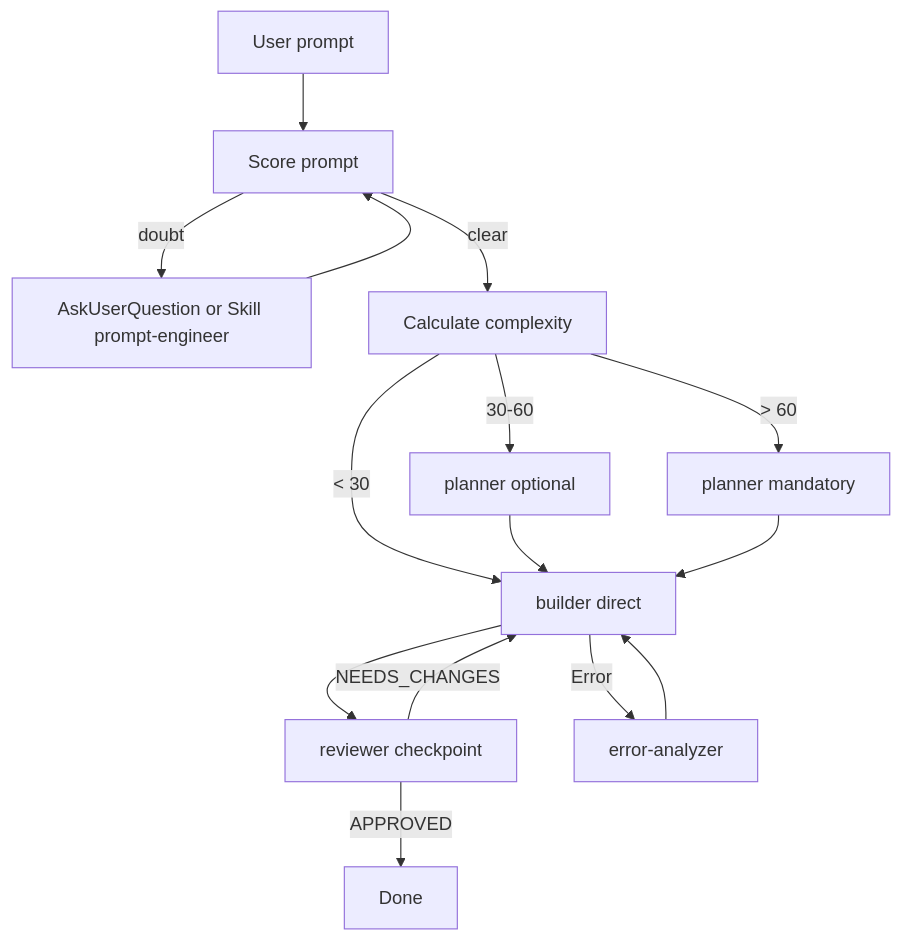
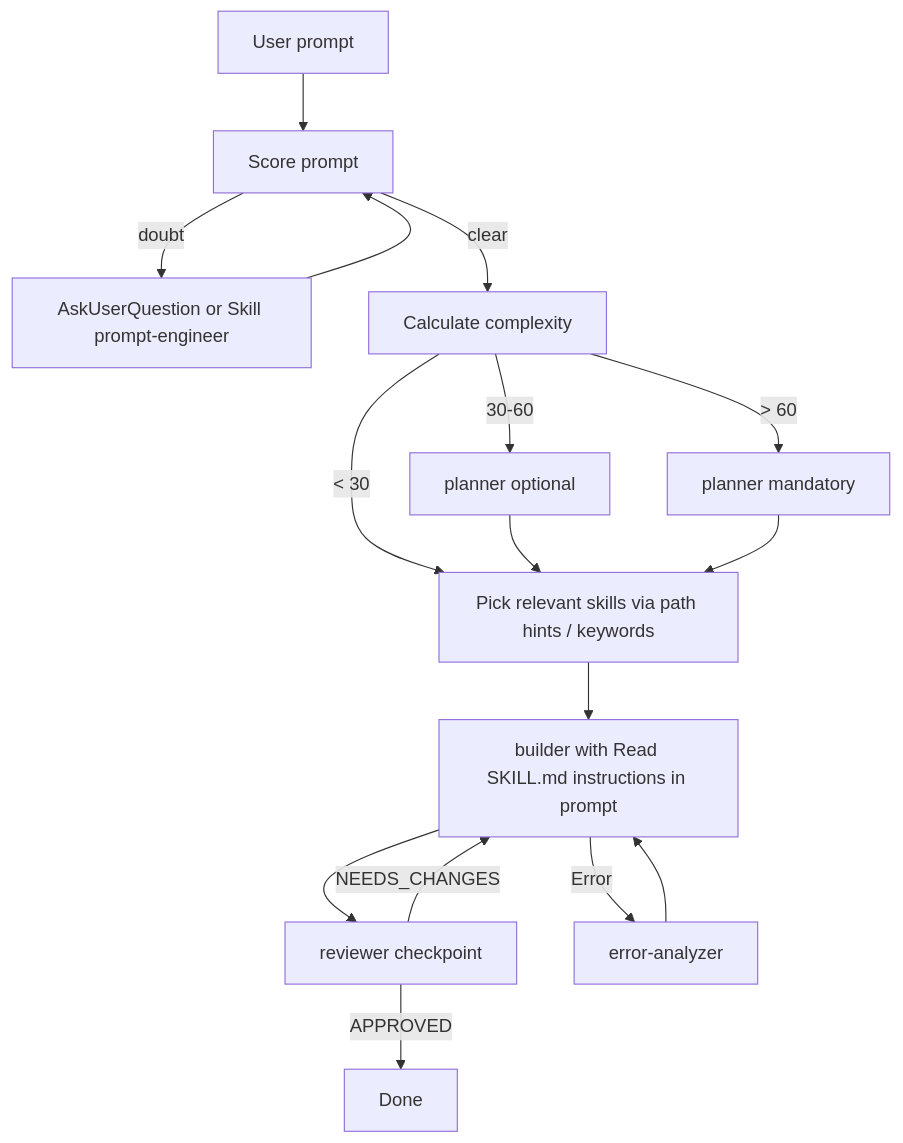
Before and after one commit to MaciWP/claude-code-poneglyph: the second of 2 diagrams in CLAUDE.md, drawn with Mermaid. The commit also changed other lines of this file and 4 other files, not shown here.

````diff
--- a/CLAUDE.md
+++ b/CLAUDE.md
@@ -153,16 +153,17 @@
 ```mermaid
 graph TD
     U[User prompt] --> S[Score prompt]
     S -->|doubt| AQ[AskUserQuestion or Skill prompt-engineer]
     AQ --> S
     S -->|clear| C[Calculate complexity]
-    C -->|< 30| B[builder direct]
+    C -->|< 30| SK[Pick relevant skills via path hints / keywords]
     C -->|30-60| P1[planner optional]
     C -->|> 60| P2[planner mandatory]
-    P1 & P2 --> B
+    P1 & P2 --> SK
+    SK --> B[builder with Read SKILL.md instructions in prompt]
     B --> R[reviewer checkpoint]
     R -->|APPROVED| D[Done]
     R -->|NEEDS_CHANGES| B
     B -->|Error| EA[error-analyzer]
     EA --> B
 ```
````
